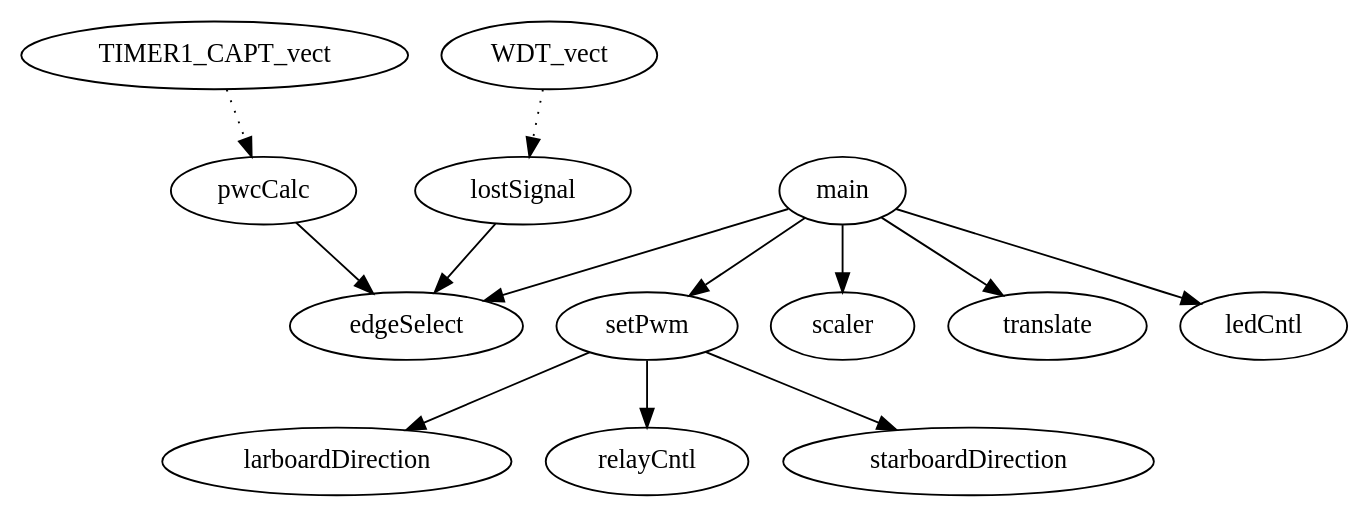
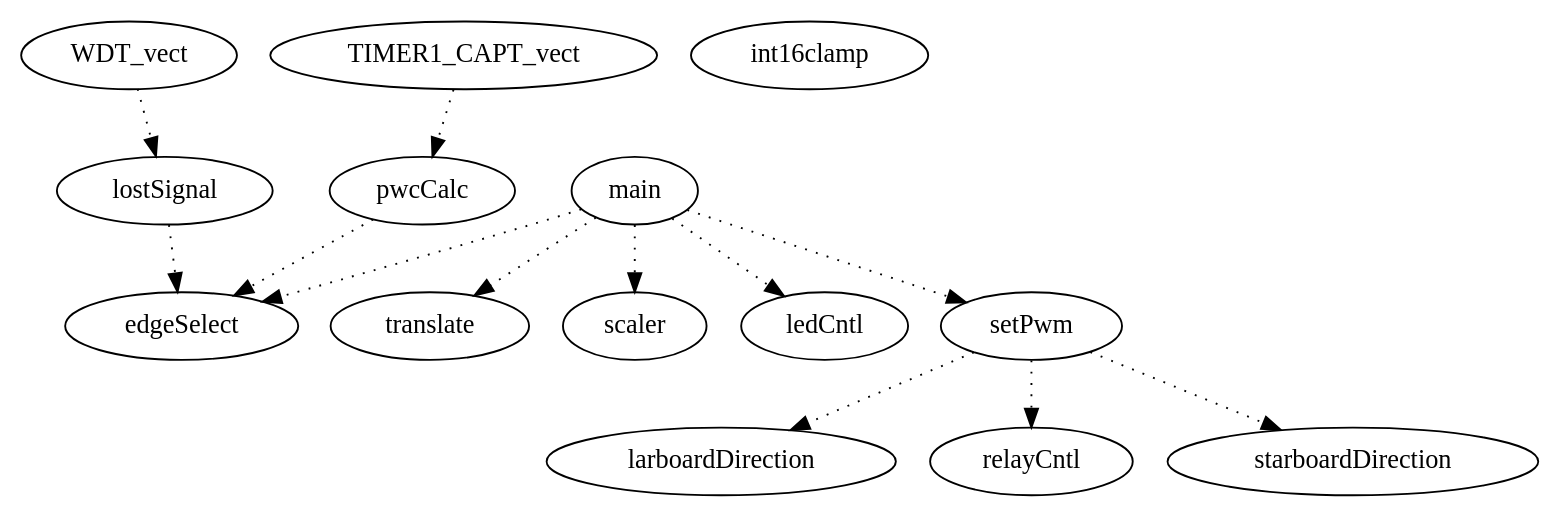
One commit to bjornburton/champbot changed the diagram in Firmware/Propulsion/piruett.dot. Above: the diagram before and after it, drawn with Graphviz. The commit also changed 9 other files, not shown here.

```diff
--- a/Firmware/Propulsion/piruett.dot
+++ b/Firmware/Propulsion/piruett.dot
@@ -1,14 +1,15 @@
 digraph callgraph {
+"pwcCalc" -> "edgeSelect" [style=dotted];
+"main" -> "translate" [style=dotted];
+"main" -> "edgeSelect" [style=dotted];
+"main" -> "scaler" [style=dotted];
+"main" -> "ledCntl" [style=dotted];
+"main" -> "setPwm" [style=dotted];
+"lostSignal" -> "edgeSelect" [style=dotted];
+"WDT_vect" -> "lostSignal" [style=dotted];
 "TIMER1_CAPT_vect" -> "pwcCalc" [style=dotted];
-"lostSignal" -> "edgeSelect" [style=solid];
-"main" -> "setPwm" [style=solid];
-"main" -> "scaler" [style=solid];
-"main" -> "edgeSelect" [style=solid];
-"main" -> "translate" [style=solid];
-"main" -> "ledCntl" [style=solid];
-"WDT_vect" -> "lostSignal" [style=dotted];
-"setPwm" -> "larboardDirection" [style=solid];
-"setPwm" -> "relayCntl" [style=solid];
-"setPwm" -> "starboardDirection" [style=solid];
-"pwcCalc" -> "edgeSelect" [style=solid];
+"setPwm" -> "larboardDirection" [style=dotted];
+"setPwm" -> "relayCntl" [style=dotted];
+"setPwm" -> "starboardDirection" [style=dotted];
+"int16clamp";
 }
```
